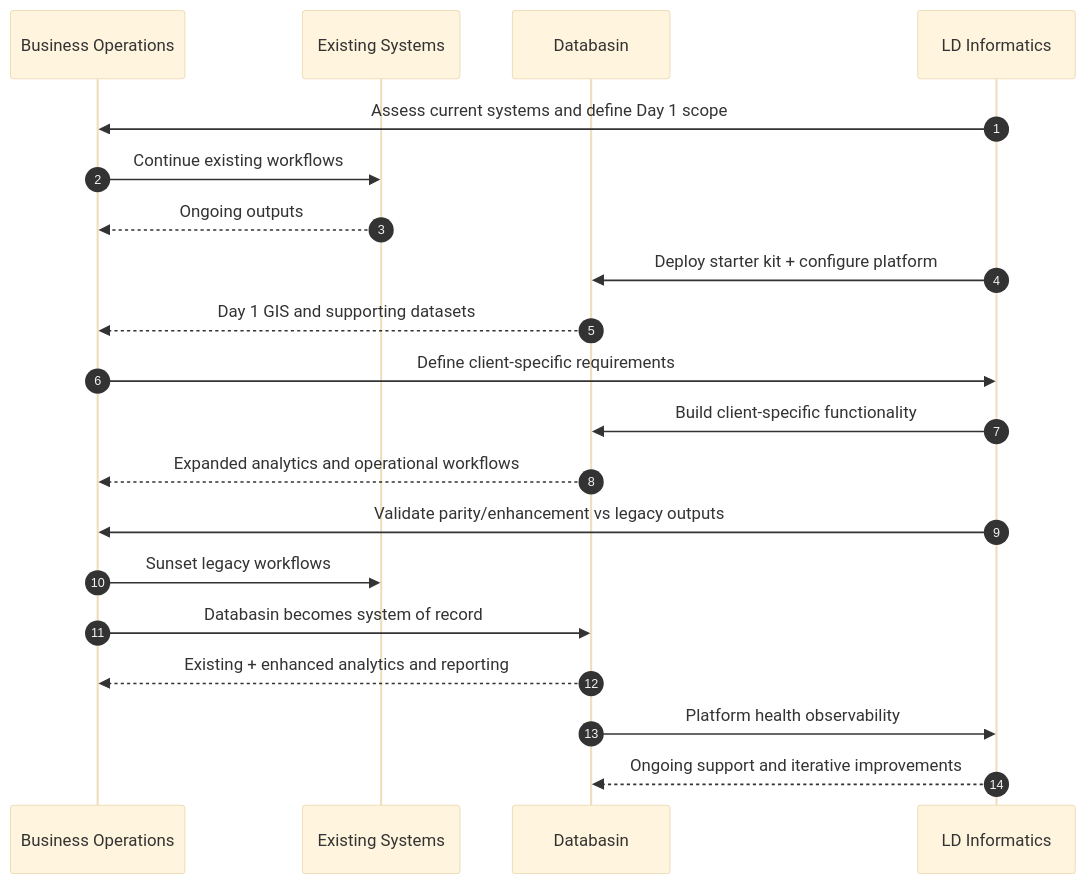
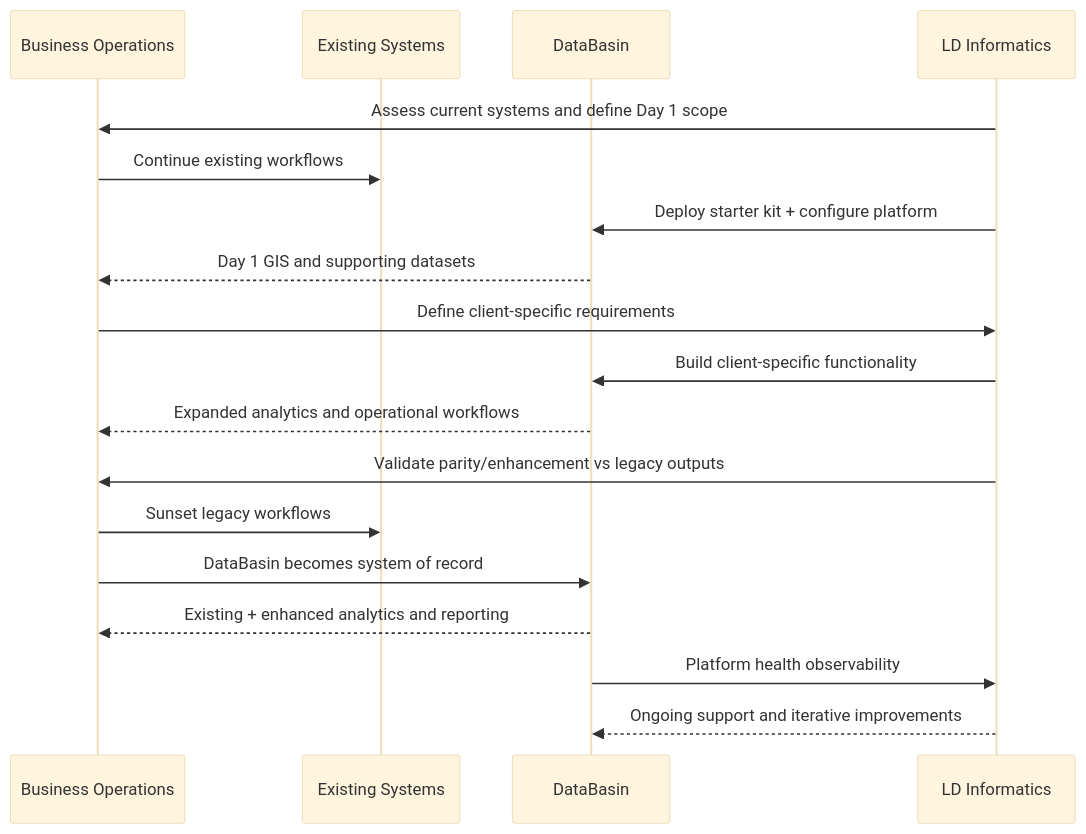
The fourth of 4 diagrams in posts/databasin/index.qmd (nick-dorsch/blog), drawn with Mermaid (base theme) before and after one commit. The commit also changed other lines of this file and 11 other files, not shown here.

````diff
--- a/posts/databasin/index.qmd
+++ b/posts/databasin/index.qmd
@@ -80,26 +411,24 @@
 ```{mermaid}
 sequenceDiagram
-    autonumber
     participant Ops as Business Operations
     participant Legacy as Existing Systems
-    participant DB as Databasin
+    participant DB as DataBasin
     participant LDI as LD Informatics
 
     LDI->>Ops: Assess current systems and define Day 1 scope
     Ops->>Legacy: Continue existing workflows
-    Legacy-->>Ops: Ongoing outputs
 
     LDI->>DB: Deploy starter kit + configure platform
     DB-->>Ops: Day 1 GIS and supporting datasets 
 
     Ops->>LDI: Define client-specific requirements
     LDI->>DB: Build client-specific functionality
     DB-->>Ops: Expanded analytics and operational workflows
 
     LDI->>Ops: Validate parity/enhancement vs legacy outputs
     Ops->>Legacy: Sunset legacy workflows
-    Ops->>DB: Databasin becomes system of record
+    Ops->>DB: DataBasin becomes system of record
     DB-->>Ops: Existing + enhanced analytics and reporting
     DB->>LDI: Platform health observability
     LDI-->>DB: Ongoing support and iterative improvements
 ```
````
